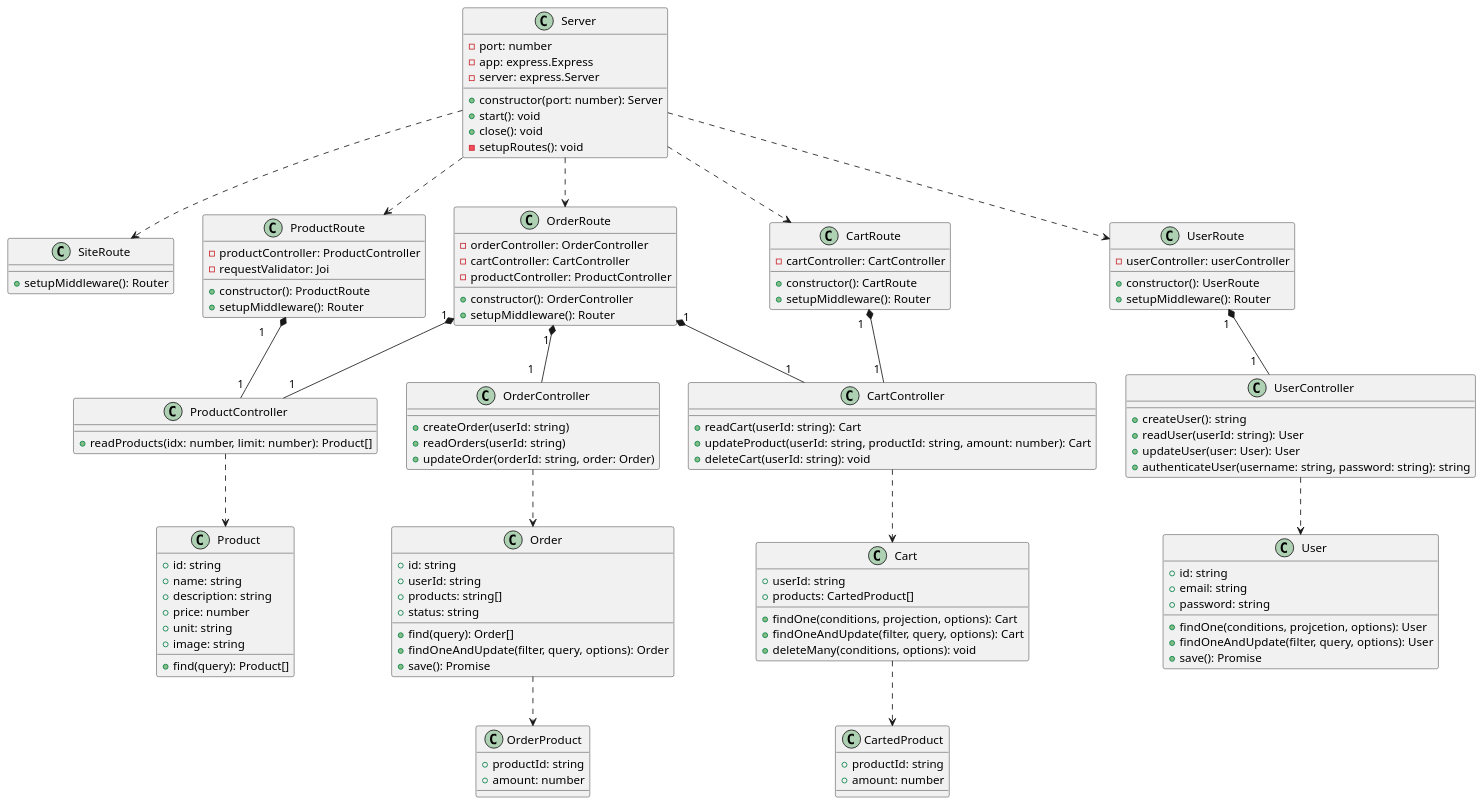
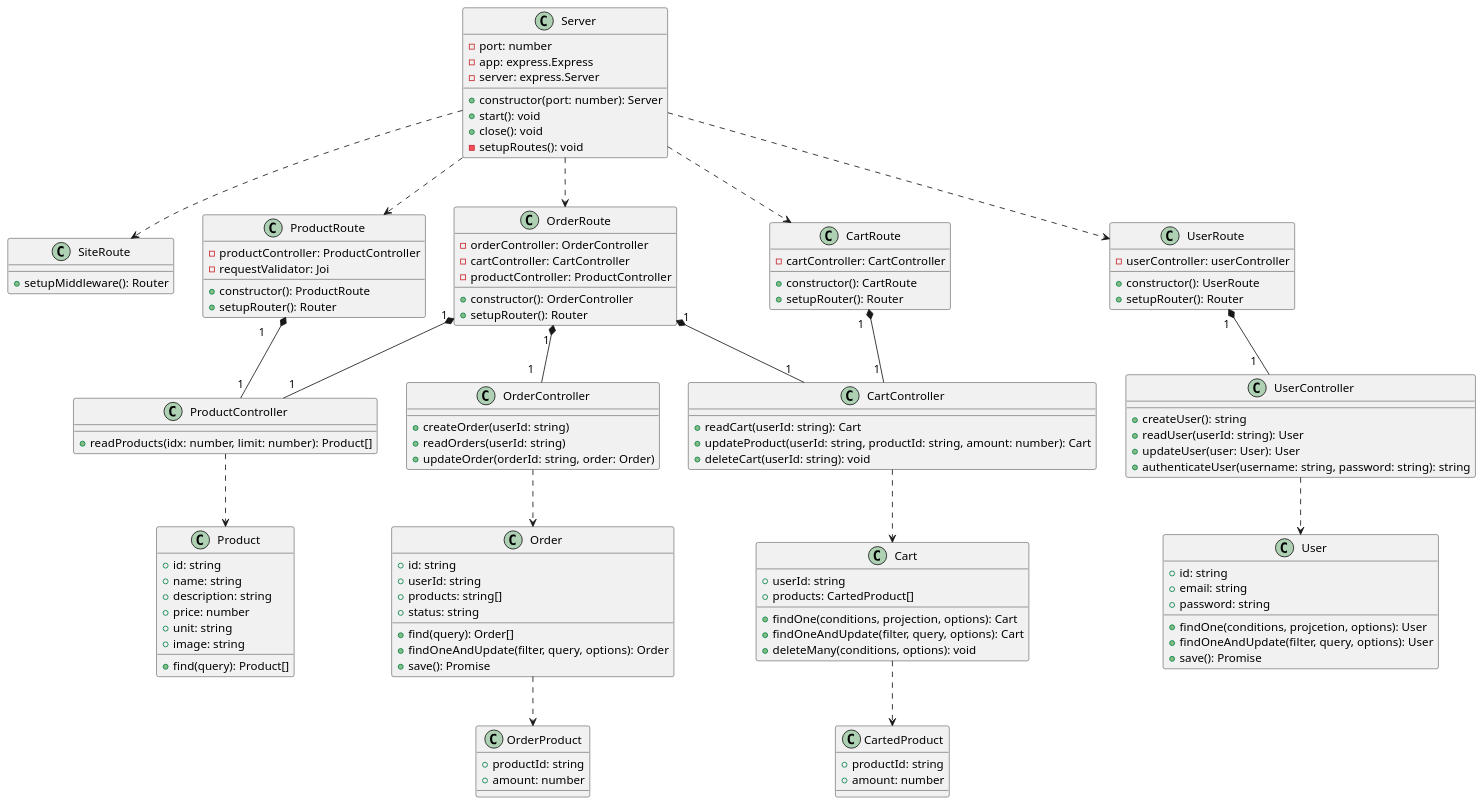
The diagram in diagram/class-diagram.puml (sofush/grontsag), drawn with PlantUML before and after one commit. The commit also changed 5 other files, not shown here.

Commit message:
refactor: rename setupMiddleware()

```diff
--- a/diagram/class-diagram.puml
+++ b/diagram/class-diagram.puml
@@ -1,133 +1,133 @@
 @startuml class diagram
 scale 1920*1080
 
 ' Classes
 class Server {
   - port: number
   - app: express.Express
   - server: express.Server
   + constructor(port: number): Server
   + start(): void
   + close(): void
   - setupRoutes(): void
 }
 class SiteRoute {
   + setupMiddleware(): Router
 }
 
 ' Classes - Product
 class ProductRoute {
   - productController: ProductController
   - requestValidator: Joi
   + constructor(): ProductRoute
-  + setupMiddleware(): Router
+  + setupRouter(): Router
 }
 class ProductController {
   + readProducts(idx: number, limit: number): Product[]
 }
 class Product {
   + id: string
   + name: string
   + description: string
   + price: number
   + unit: string
   + image: string
   + find(query): Product[]
 }
 
 ' Classes - Cart
 class CartRoute {
   - cartController: CartController
   + constructor(): CartRoute
-  + setupMiddleware(): Router
+  + setupRouter(): Router
 }
 class CartController {
   + readCart(userId: string): Cart
   + updateProduct(userId: string, productId: string, amount: number): Cart
   + deleteCart(userId: string): void
 }
 class Cart {
   + userId: string
   + products: CartedProduct[]
   + findOne(conditions, projection, options): Cart
   + findOneAndUpdate(filter, query, options): Cart
   + deleteMany(conditions, options): void
 }
 class CartedProduct {
   + productId: string
   + amount: number
 }
 
 ' Classes - User
 class UserRoute {
   - userController: userController
   + constructor(): UserRoute
-  + setupMiddleware(): Router
+  + setupRouter(): Router
 }
 class UserController {
   + createUser(): string
   + readUser(userId: string): User
   + updateUser(user: User): User
   + authenticateUser(username: string, password: string): string
 }
 class User {
   + id: string
   + email: string
   + password: string
   + findOne(conditions, projcetion, options): User
   + findOneAndUpdate(filter, query, options): User
   + save(): Promise
 }
 
 ' Clases - Order
 class OrderRoute {
   - orderController: OrderController
   - cartController: CartController
   - productController: ProductController
   + constructor(): OrderController
-  + setupMiddleware(): Router
+  + setupRouter(): Router
 }
 class OrderController {
   + createOrder(userId: string)
   + readOrders(userId: string)
   + updateOrder(orderId: string, order: Order)
 }
 class Order {
   + id: string
   + userId: string
   + products: string[]
   + status: string
   + find(query): Order[]
   + findOneAndUpdate(filter, query, options): Order
   + save(): Promise
 }
 class OrderProduct {
   + productId: string
   + amount: number
 }
 
 ' Relationships from Server to routes
 Server ..> ProductRoute
 Server ..> CartRoute
 Server ..> SiteRoute
 Server ..> UserRoute
 Server ..> OrderRoute
 
 ' Relationships from routes to controllers
 ProductRoute "1\t" *-- "1" ProductController
 CartRoute "1  " *-- "1 " CartController
 UserRoute "1 " *-- "1   " UserController
 OrderRoute "1 " *-- "1   " OrderController
 OrderRoute "1" *-- "1" CartController
 OrderRoute "1" *-- "1" ProductController
 
 ' Relationships from controllers to models
 ProductController ..> Product
 CartController ..> Cart
 UserController ..> User
 OrderController ..> Order
 
 ' Relationships between models
 Cart ..> CartedProduct
 Order ..> OrderProduct
 @enduml
```
